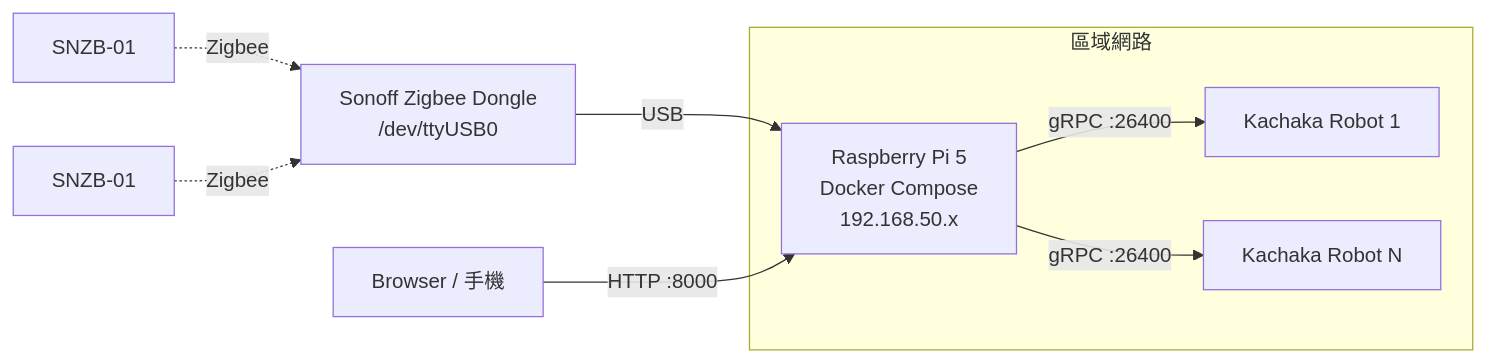
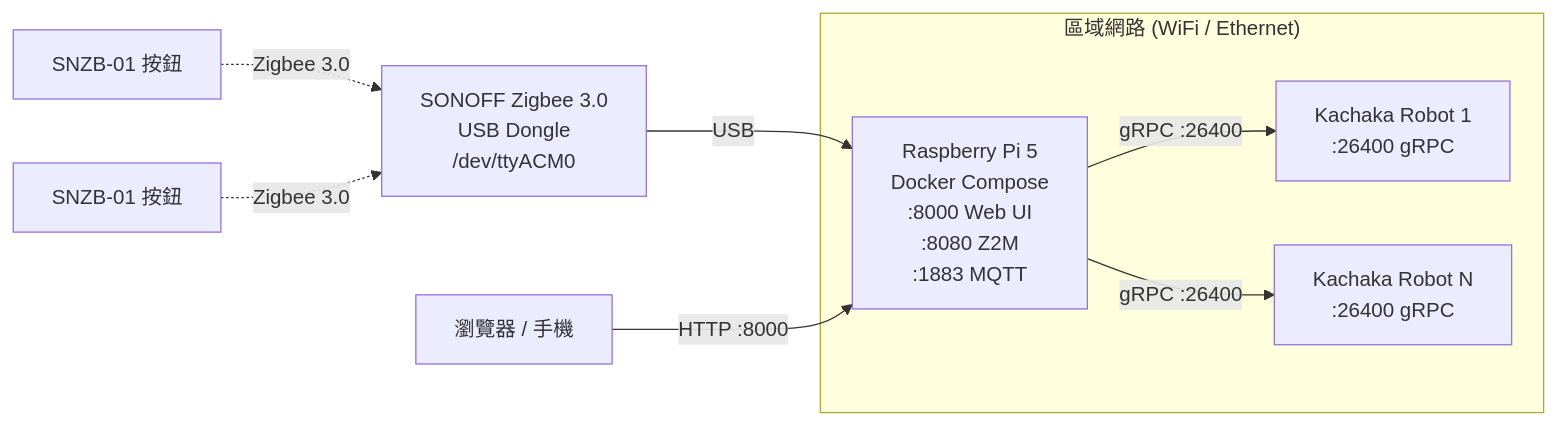
Before and after one commit to Sigma-Snaken/pi-zigbee: the first of 5 diagrams in README.md, drawn with Mermaid. The commit also changed other lines of this file, not shown here.

First line of the commit message:
docs: rewrite README with comprehensive hardware/software architecture

````diff
--- a/README.md
+++ b/README.md
@@ -17,14 +35,14 @@
 ```mermaid
 graph LR
-    subgraph LAN["區域網路"]
-        Pi["Raspberry Pi 5<br/>Docker Compose<br/>192.168.50.x"]
-        K1["Kachaka Robot 1"]
-        K2["Kachaka Robot N"]
+    subgraph LAN["區域網路 (WiFi / Ethernet)"]
+        Pi["Raspberry Pi 5<br/>Docker Compose<br/>:8000 Web UI<br/>:8080 Z2M<br/>:1883 MQTT"]
+        K1["Kachaka Robot 1<br/>:26400 gRPC"]
+        K2["Kachaka Robot N<br/>:26400 gRPC"]
     end
-    Dongle["Sonoff Zigbee Dongle<br/>/dev/ttyUSB0"] -->|USB| Pi
-    BTN1["SNZB-01"] -.->|Zigbee| Dongle
-    BTN2["SNZB-01"] -.->|Zigbee| Dongle
+    Dongle["SONOFF Zigbee 3.0<br/>USB Dongle<br/>/dev/ttyACM0"] -->|USB| Pi
+    BTN1["SNZB-01 按鈕"] -.->|Zigbee 3.0| Dongle
+    BTN2["SNZB-01 按鈕"] -.->|Zigbee 3.0| Dongle
     Pi -->|"gRPC :26400"| K1
     Pi -->|"gRPC :26400"| K2
-    User["Browser / 手機"] -->|"HTTP :8000"| Pi
+    User["瀏覽器 / 手機"] -->|"HTTP :8000"| Pi
 ```
````
